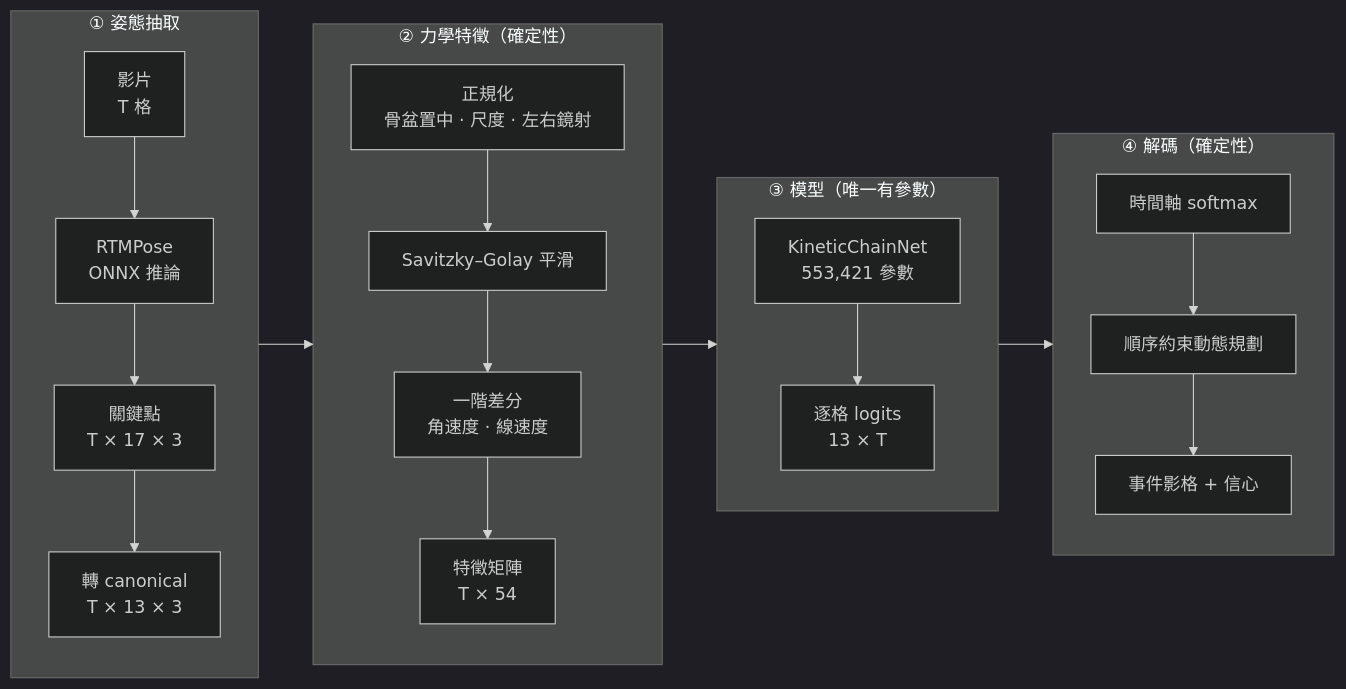
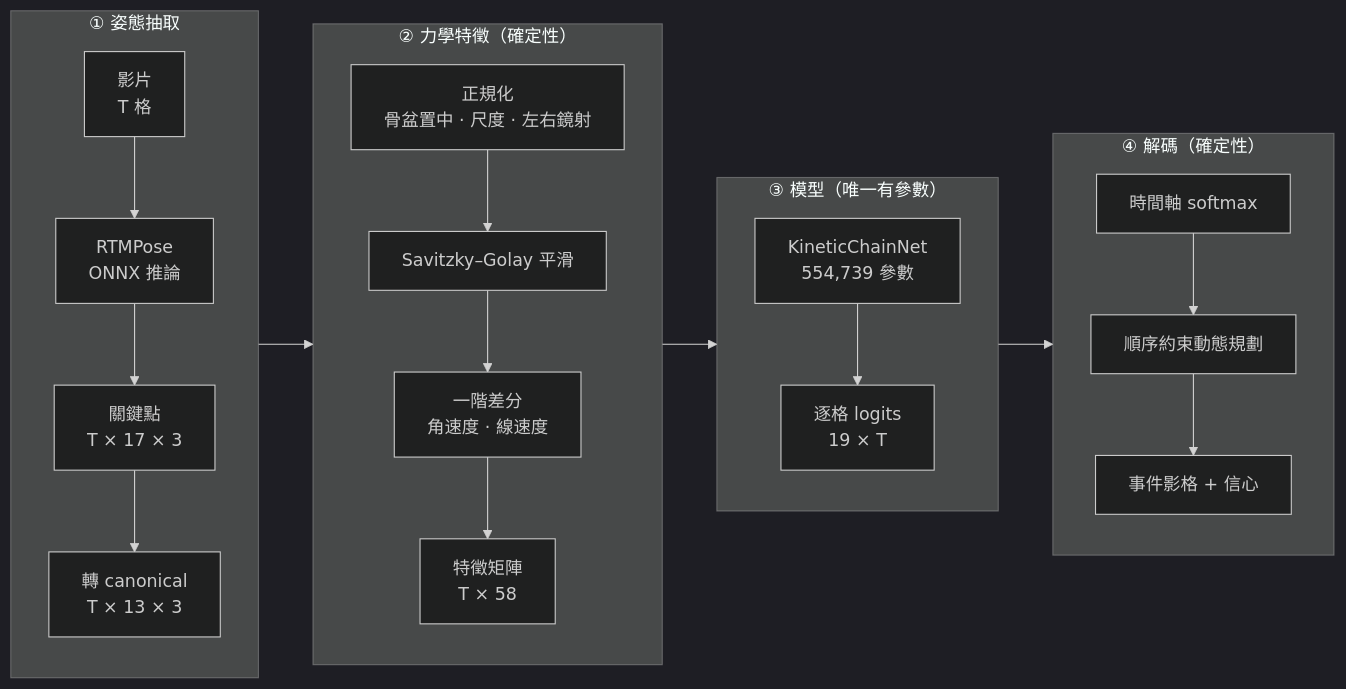
One commit to Air847735/KineticChain_Experiment changed the first of 3 diagrams in README.md. Above: the diagram before and after it, drawn with Mermaid (dark theme). The commit also changed other lines of this file and 13 other files, not shown here.

````diff
--- a/README.md
+++ b/README.md
@@ -31,27 +31,27 @@
 ```mermaid
 flowchart LR
     subgraph S1["① 姿態抽取"]
         direction TB
         V["影片<br/>T 格"] --> RTM["RTMPose<br/>ONNX 推論"]
         RTM --> KP["關鍵點<br/>T × 17 × 3"]
         KP --> CAN["轉 canonical<br/>T × 13 × 3"]
     end
     subgraph S2["② 力學特徵（確定性）"]
         direction TB
         NORM["正規化<br/>骨盆置中 · 尺度 · 左右鏡射"] --> SG["Savitzky–Golay 平滑"]
         SG --> DIFF["一階差分<br/>角速度 · 線速度"]
-        DIFF --> FEAT["特徵矩陣<br/>T × 54"]
+        DIFF --> FEAT["特徵矩陣<br/>T × 58"]
     end
     subgraph S3["③ 模型（唯一有參數）"]
         direction TB
-        NET["KineticChainNet<br/>553,421 參數"] --> LOG["逐格 logits<br/>13 × T"]
+        NET["KineticChainNet<br/>554,739 參數"] --> LOG["逐格 logits<br/>19 × T"]
     end
     subgraph S4["④ 解碼（確定性）"]
         direction TB
         SMX["時間軸 softmax"] --> DP["順序約束動態規劃"]
         DP --> OUT["事件影格 + 信心"]
     end
     CAN --> NORM
     FEAT --> NET
     LOG --> SMX
 ```
````
